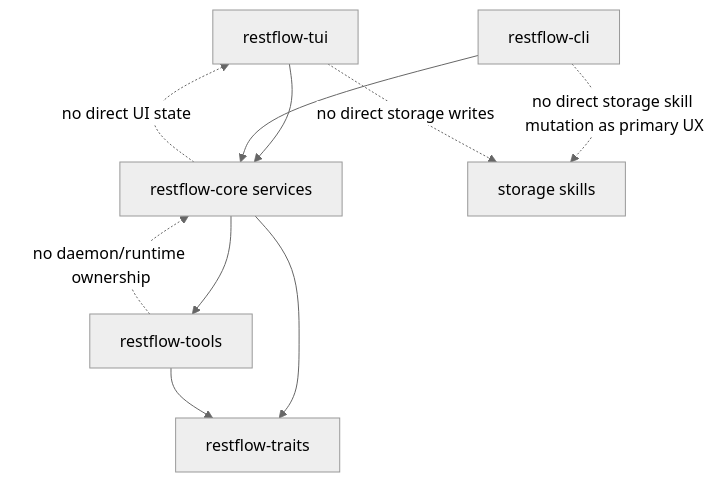
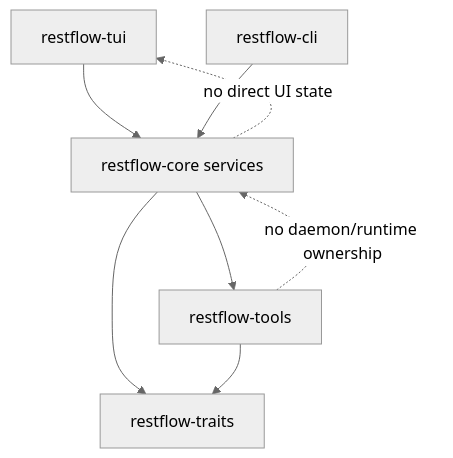
Before and after one commit to lhwzds/restflow: the seventh of 7 diagrams in CURRENT_BRANCH_SIMPLIFICATION_DIAGRAMS.md, drawn with Mermaid (neutral theme). The commit also changed other lines of this file and 55 other files, not shown here.

Commit message:
refactor(skills): remove storage-backed catalog

````diff
--- a/CURRENT_BRANCH_SIMPLIFICATION_DIAGRAMS.md
+++ b/CURRENT_BRANCH_SIMPLIFICATION_DIAGRAMS.md
@@ -260,13 +251,11 @@
 ```mermaid
 flowchart TD
     TUI["restflow-tui"] --> CORE["restflow-core services"]
     CLI["restflow-cli"] --> CORE
     CORE --> TOOLS["restflow-tools"]
     CORE --> TRAITS["restflow-traits"]
     TOOLS --> TRAITS
 
     CORE -. no direct UI state .-> TUI
     TOOLS -. no daemon/runtime ownership .-> CORE
-    CLI -. no direct storage skill mutation as primary UX .-> STORAGE["storage skills"]
-    TUI -. no direct storage writes .-> STORAGE
 ```
````
